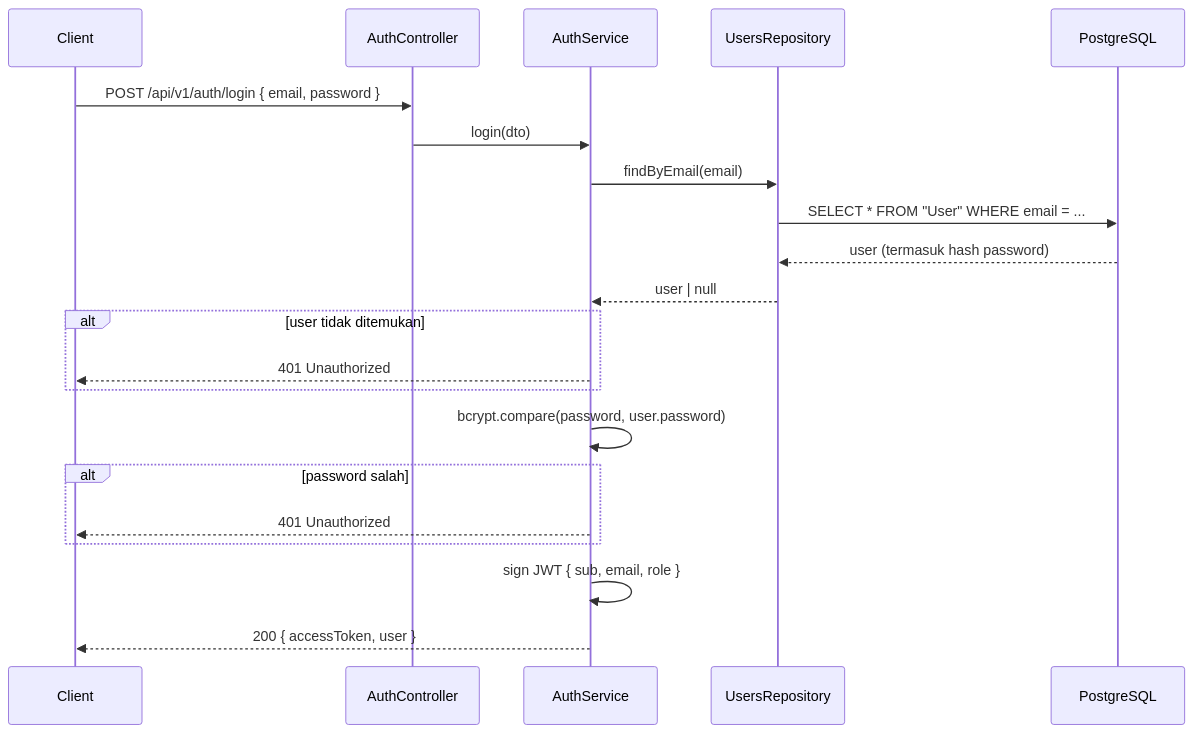
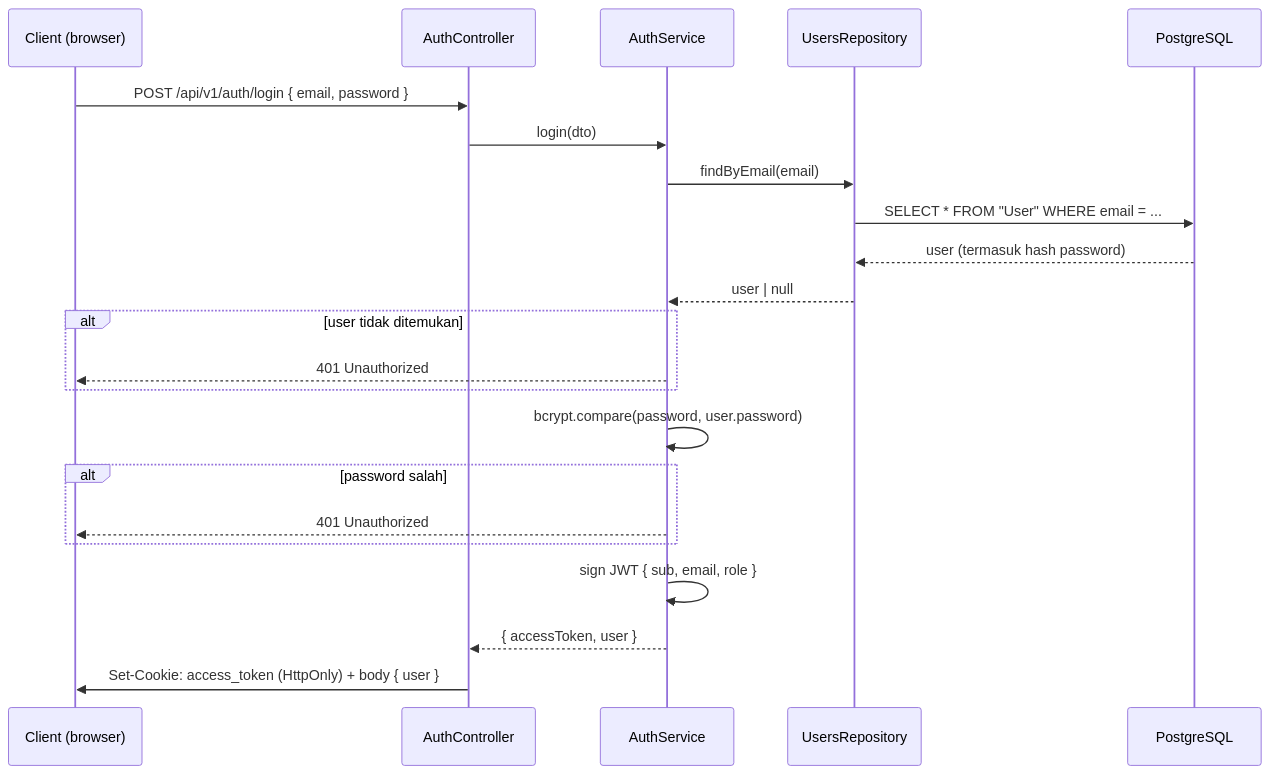
One commit to zidanabbas/API-NestJS changed the diagram in docs/features/auth.md. Above: the diagram before and after it, drawn with Mermaid. The commit also changed other lines of this file and 4 other files, not shown here.

````diff
--- a/docs/features/auth.md
+++ b/docs/features/auth.md
@@ -9,24 +11,25 @@
 ```mermaid
 sequenceDiagram
-    participant C as Client
+    participant C as Client (browser)
     participant AC as AuthController
     participant AS as AuthService
     participant UR as UsersRepository
     participant DB as PostgreSQL
 
     C->>AC: POST /api/v1/auth/login { email, password }
     AC->>AS: login(dto)
     AS->>UR: findByEmail(email)
     UR->>DB: SELECT * FROM "User" WHERE email = ...
     DB-->>UR: user (termasuk hash password)
     UR-->>AS: user | null
     alt user tidak ditemukan
         AS-->>C: 401 Unauthorized
     end
     AS->>AS: bcrypt.compare(password, user.password)
     alt password salah
         AS-->>C: 401 Unauthorized
     end
     AS->>AS: sign JWT { sub, email, role }
-    AS-->>C: 200 { accessToken, user }
+    AS-->>AC: { accessToken, user }
+    AC->>C: Set-Cookie: access_token (HttpOnly) + body { user }
 ```
````
